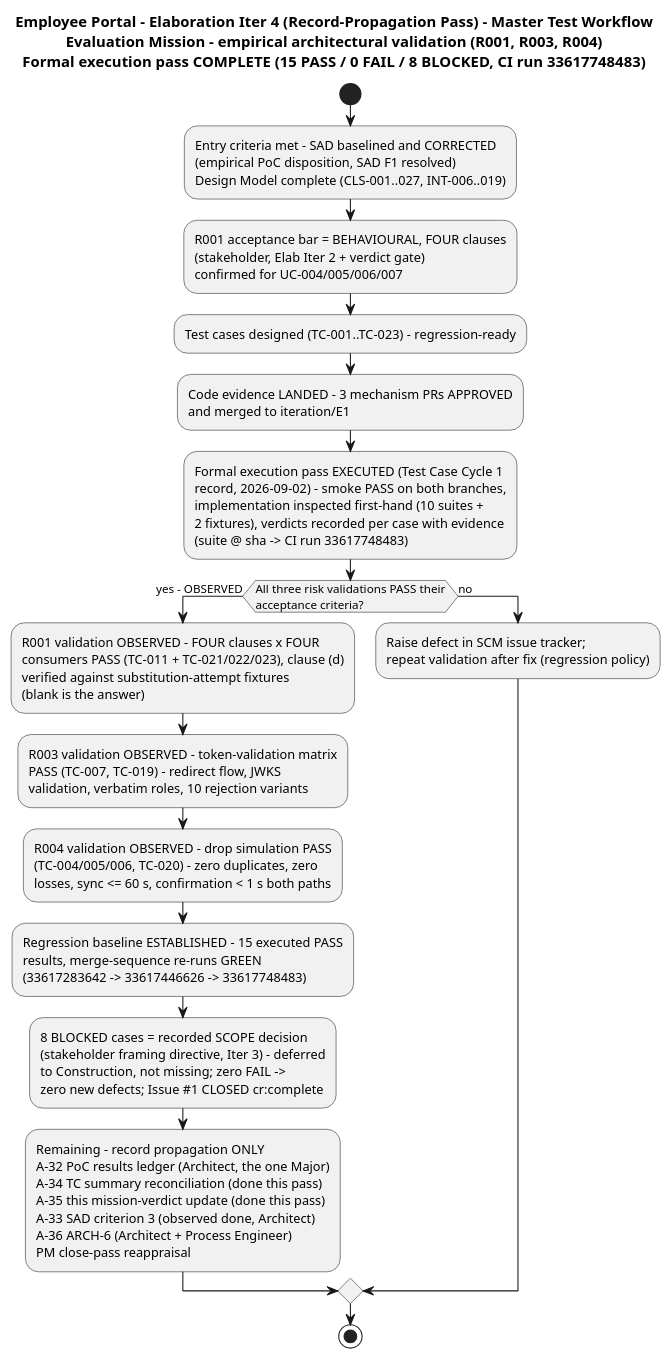
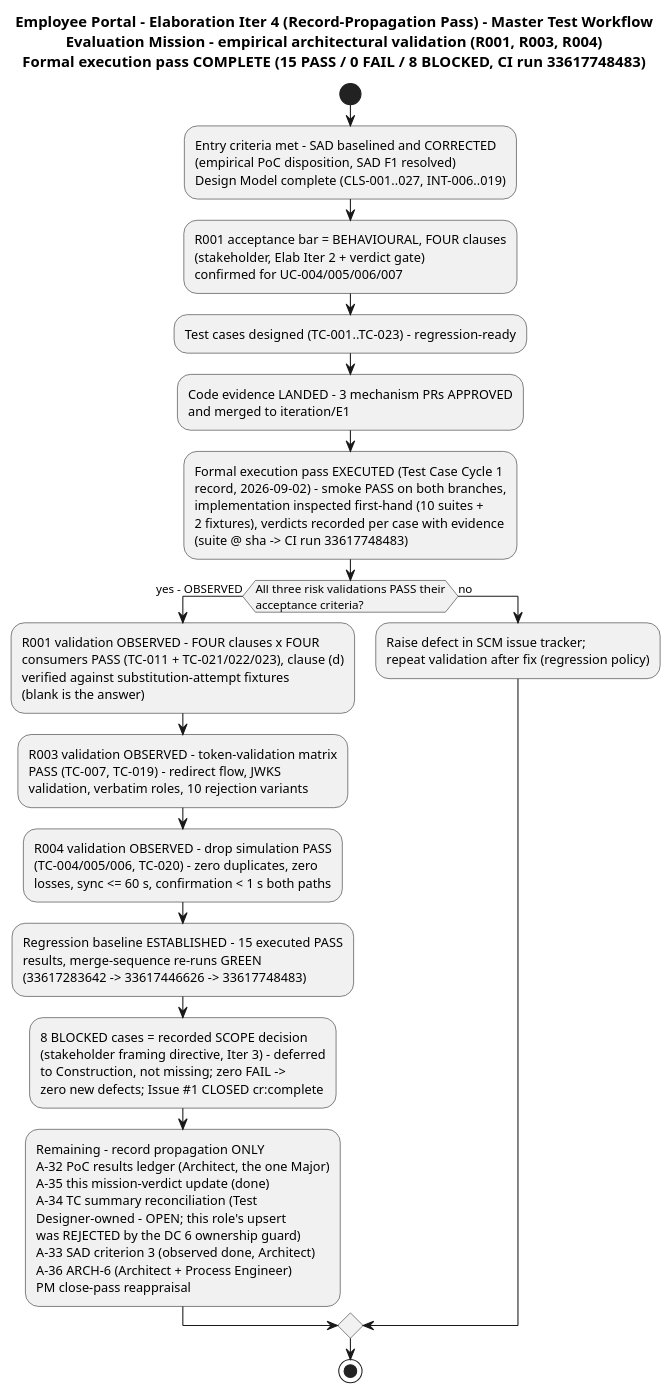
The second of 5 diagrams in docs/artifacts/test/test-evaluation-summary.md (banense-test/employee-portal), drawn with PlantUML before and after one commit. The commit also changed other lines of this file, not shown here.

First line of the commit message:
Test Manager [E4]: upsert Test Evaluation Summary

````diff
--- a/docs/artifacts/test/test-evaluation-summary.md
+++ b/docs/artifacts/test/test-evaluation-summary.md
@@ -126,23 +125,23 @@
 ```plantuml
 @startuml
 title Employee Portal - Elaboration Iter 4 (Record-Propagation Pass) - Master Test Workflow\nEvaluation Mission - empirical architectural validation (R001, R003, R004)\nFormal execution pass COMPLETE (15 PASS / 0 FAIL / 8 BLOCKED, CI run 33617748483)
 
 start
 :Entry criteria met - SAD baselined and CORRECTED\n(empirical PoC disposition, SAD F1 resolved)\nDesign Model complete (CLS-001..027, INT-006..019);
 :R001 acceptance bar = BEHAVIOURAL, FOUR clauses\n(stakeholder, Elab Iter 2 + verdict gate)\nconfirmed for UC-004/005/006/007;
 :Test cases designed (TC-001..TC-023) - regression-ready;
 :Code evidence LANDED - 3 mechanism PRs APPROVED\nand merged to iteration/E1;
 :Formal execution pass EXECUTED (Test Case Cycle 1\nrecord, 2026-09-02) - smoke PASS on both branches,\nimplementation inspected first-hand (10 suites +\n2 fixtures), verdicts recorded per case with evidence\n(suite @ sha -> CI run 33617748483);
 if (All three risk validations PASS their\nacceptance criteria?) then (yes - OBSERVED)
   :R001 validation OBSERVED - FOUR clauses x FOUR\nconsumers PASS (TC-011 + TC-021/022/023), clause (d)\nverified against substitution-attempt fixtures\n(blank is the answer);
   :R003 validation OBSERVED - token-validation matrix\nPASS (TC-007, TC-019) - redirect flow, JWKS\nvalidation, verbatim roles, 10 rejection variants;
   :R004 validation OBSERVED - drop simulation PASS\n(TC-004/005/006, TC-020) - zero duplicates, zero\nlosses, sync <= 60 s, confirmation < 1 s both paths;
   :Regression baseline ESTABLISHED - 15 executed PASS\nresults, merge-sequence re-runs GREEN\n(33617283642 -> 33617446626 -> 33617748483);
   :8 BLOCKED cases = recorded SCOPE decision\n(stakeholder framing directive, Iter 3) - deferred\nto Construction, not missing; zero FAIL ->\nzero new defects; Issue #1 CLOSED cr:complete;
-  :Remaining - record propagation ONLY\nA-32 PoC results ledger (Architect, the one Major)\nA-34 TC summary reconciliation (done this pass)\nA-35 this mission-verdict update (done this pass)\nA-33 SAD criterion 3 (observed done, Architect)\nA-36 ARCH-6 (Architect + Process Engineer)\nPM close-pass reappraisal;
+  :Remaining - record propagation ONLY\nA-32 PoC results ledger (Architect, the one Major)\nA-35 this mission-verdict update (done)\nA-34 TC summary reconciliation (Test\nDesigner-owned - OPEN; this role's upsert\nwas REJECTED by the DC 6 ownership guard)\nA-33 SAD criterion 3 (observed done, Architect)\nA-36 ARCH-6 (Architect + Process Engineer)\nPM close-pass reappraisal;
 else (no)
   :Raise defect in SCM issue tracker;\nrepeat validation after fix (regression policy);
 endif
 stop
 @enduml
 ```
````
